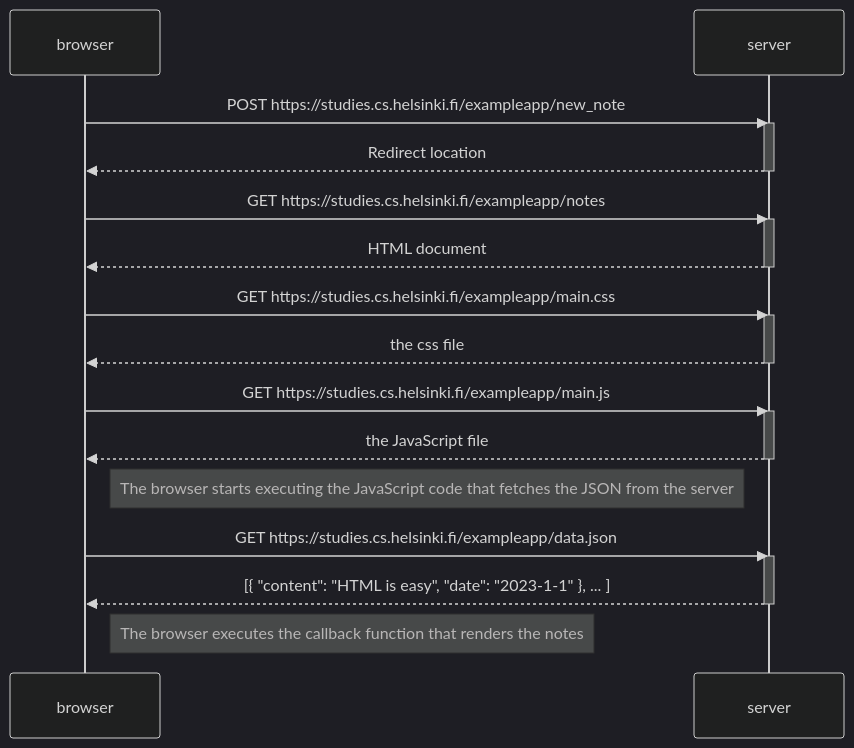
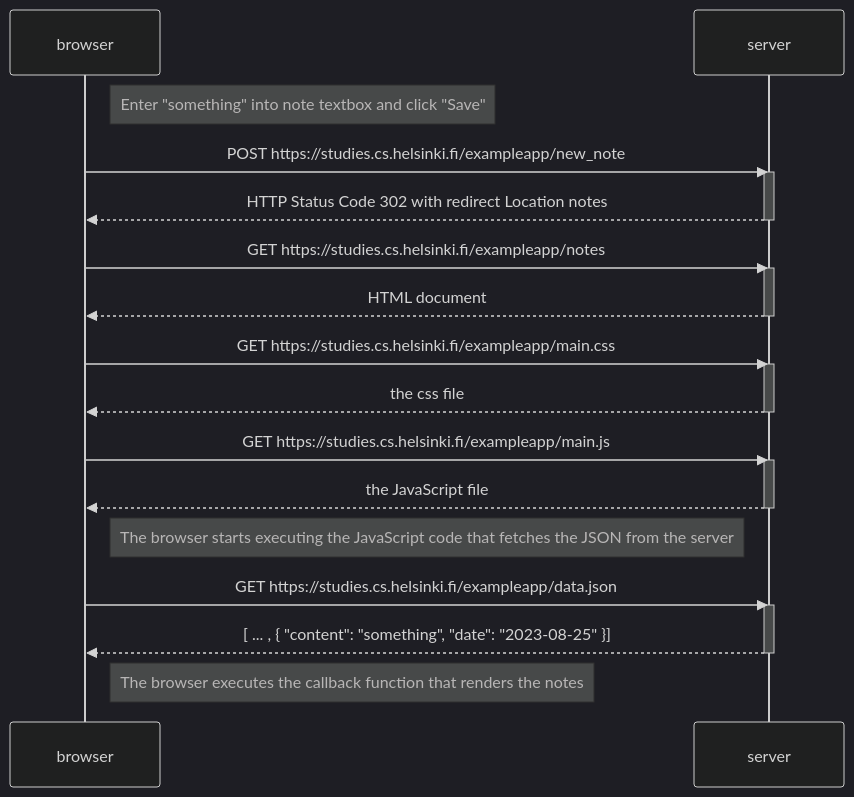
One commit to dtchoi/fullstack changed the diagram in part0/part0exercise4.md. Above: the diagram before and after it, drawn with Mermaid (dark theme).

````diff
--- a/part0/part0exercise4.md
+++ b/part0/part0exercise4.md
@@ -1,34 +1,36 @@
 ```mermaid
 sequenceDiagram
     participant browser
     participant server
 
+    Note right of browser: Enter "something" into note textbox and click "Save"
+
  browser->>server: POST https://studies.cs.helsinki.fi/exampleapp/new_note
     activate server
-    server-->>browser: Redirect location
+    server-->>browser: HTTP Status Code 302 with redirect Location notes
     deactivate server
 
     browser->>server: GET https://studies.cs.helsinki.fi/exampleapp/notes
     activate server
     server-->>browser: HTML document
     deactivate server
 
     browser->>server: GET https://studies.cs.helsinki.fi/exampleapp/main.css
     activate server
     server-->>browser: the css file
     deactivate server
 
     browser->>server: GET https://studies.cs.helsinki.fi/exampleapp/main.js
     activate server
     server-->>browser: the JavaScript file
     deactivate server
 
     Note right of browser: The browser starts executing the JavaScript code that fetches the JSON from the server
 
     browser->>server: GET https://studies.cs.helsinki.fi/exampleapp/data.json
     activate server
-    server-->>browser: [{ "content": "HTML is easy", "date": "2023-1-1" }, ... ]
+    server-->>browser: [ ... , { "content": "something", "date": "2023-08-25" }]
     deactivate server
 
     Note right of browser: The browser executes the callback function that renders the notes
 ```
````
